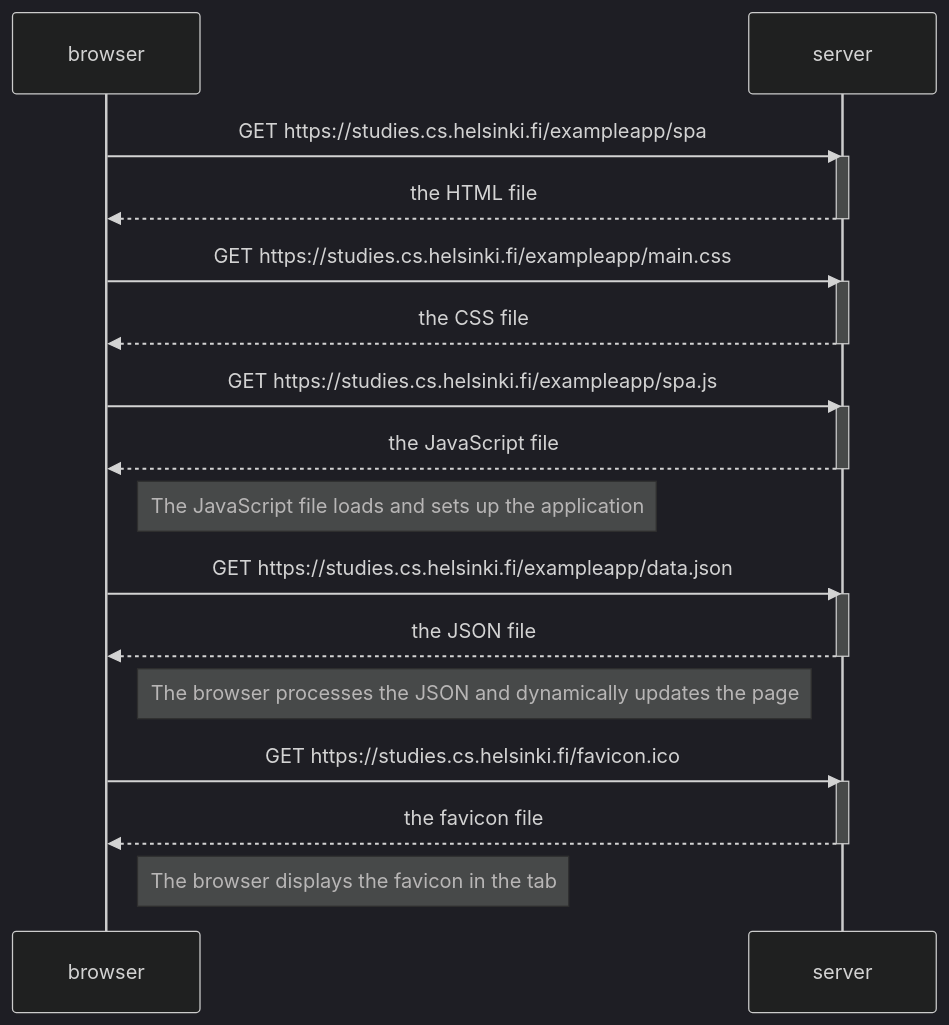
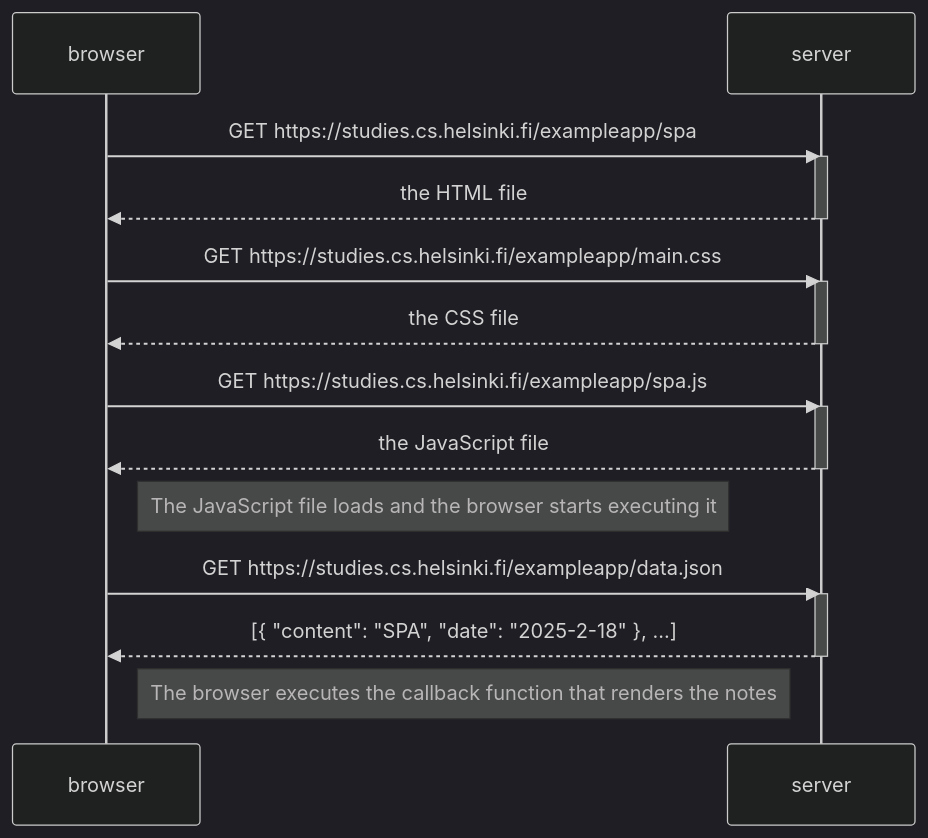
One commit to Saifahmeed/full-stack-open changed the diagram in part0/0.5-single-page-app-diagram.md. Above: the diagram before and after it, drawn with Mermaid (dark theme).

````diff
--- a/part0/0.5-single-page-app-diagram.md
+++ b/part0/0.5-single-page-app-diagram.md
@@ -1,36 +1,29 @@
 ```mermaid
 sequenceDiagram
 participant browser
 participant server
 
     browser->>server: GET https://studies.cs.helsinki.fi/exampleapp/spa
     activate server
     server-->>browser: the HTML file
     deactivate server
 
     browser->>server: GET https://studies.cs.helsinki.fi/exampleapp/main.css
     activate server
     server-->>browser: the CSS file
     deactivate server
 
     browser->>server: GET https://studies.cs.helsinki.fi/exampleapp/spa.js
     activate server
     server-->>browser: the JavaScript file
     deactivate server
 
-    Note right of browser: The JavaScript file loads and sets up the application
+    Note right of browser: The JavaScript file loads and the browser starts executing it
 
     browser->>server: GET https://studies.cs.helsinki.fi/exampleapp/data.json
     activate server
-    server-->>browser: the JSON file
+    server-->>browser: [{ "content": "SPA", "date": "2025-2-18" }, ...]
     deactivate server
 
-    Note right of browser: The browser processes the JSON and dynamically updates the page
-
-    browser->>server: GET https://studies.cs.helsinki.fi/favicon.ico
-    activate server
-    server-->>browser: the favicon file
-    deactivate server
-
-    Note right of browser: The browser displays the favicon in the tab
+    Note right of browser: The browser executes the callback function that renders the notes
 ```
````
